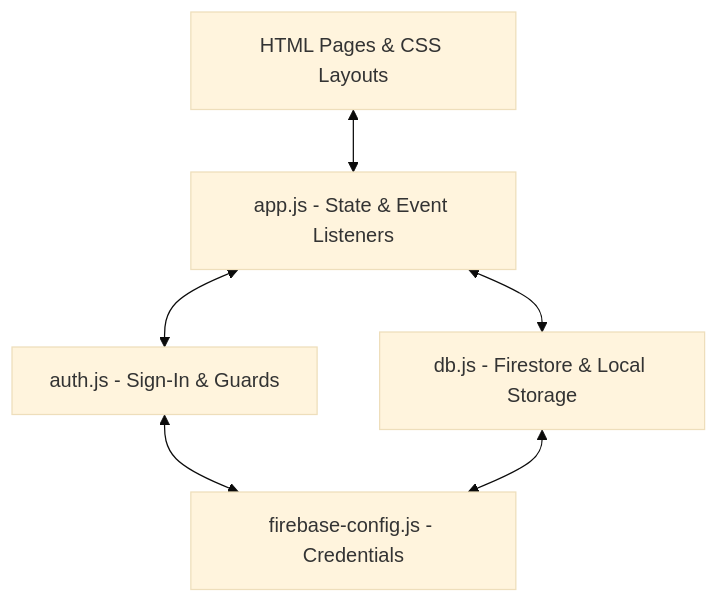
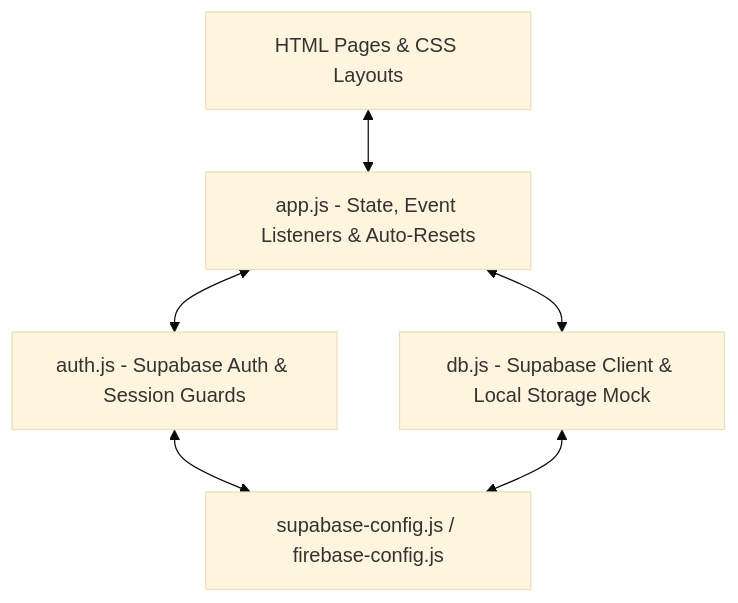
Before and after one commit to Anandavnish/ProgressShelf: the diagram in PROJECT_REPORT.md, drawn with Mermaid (base theme). The commit also changed other lines of this file and 10 other files, not shown here.

Commit message:
feat: implement checklist & deadline auto-repeat system, intelligent cycle states, update about & architecture blueprints, and bump to v4.3

````diff
--- a/PROJECT_REPORT.md
+++ b/PROJECT_REPORT.md
@@ -31,8 +46,8 @@
 ```mermaid
 graph TD
-    UI[HTML Pages & CSS Layouts] <--> Controller[app.js - State & Event Listeners]
-    Controller <--> Auth[auth.js - Sign-In & Guards]
-    Controller <--> DB[db.js - Firestore & Local Storage]
-    Auth <--> Config[firebase-config.js - Credentials]
+    UI[HTML Pages & CSS Layouts] <--> Controller[app.js - State, Event Listeners & Auto-Resets]
+    Controller <--> Auth[auth.js - Supabase Auth & Session Guards]
+    Controller <--> DB[db.js - Supabase Client & Local Storage Mock]
+    Auth <--> Config[supabase-config.js / firebase-config.js]
     DB <--> Config
 ```
````
